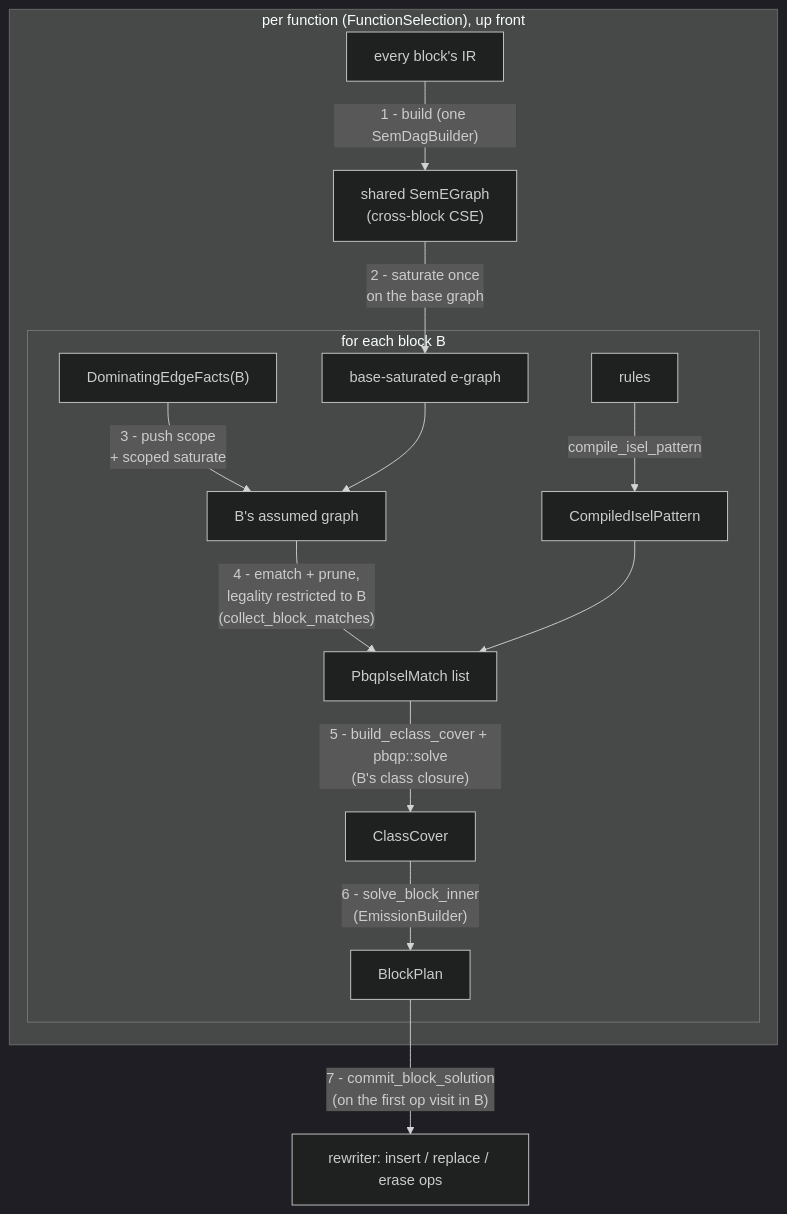
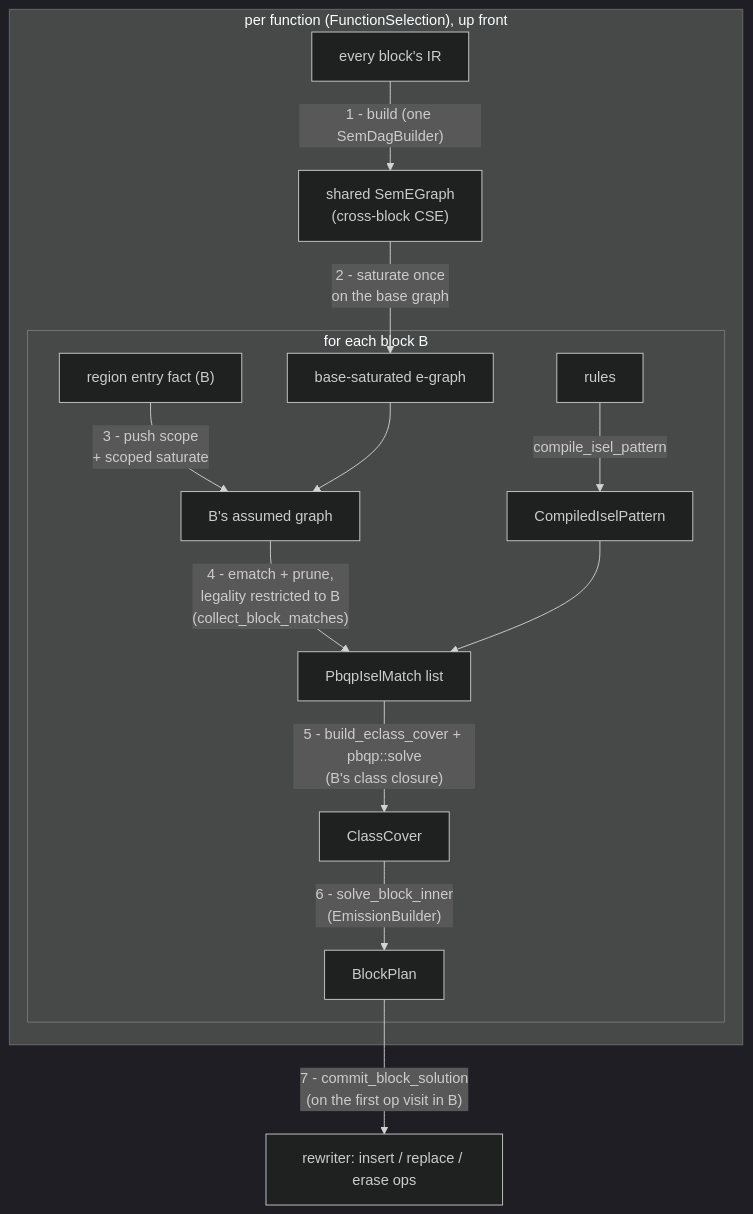
The diagram in docs/design/instruction_selection.md (alexbatashev/tir), drawn with Mermaid (dark theme) before and after one commit. The commit also changed other lines of this file and 7 other files, not shown here.

First line of the commit message:
refactor(backend): selection reads structure, not control flow

````diff
--- a/docs/design/instruction_selection.md
+++ b/docs/design/instruction_selection.md
@@ -36,17 +36,17 @@
 ```mermaid
 flowchart TB
     subgraph per_function["per function (FunctionSelection), up front"]
         ir["every block's IR"] -->|"1 - build (one SemDagBuilder)"| eg["shared SemEGraph\n(cross-block CSE)"]
         eg -->|"2 - saturate once\non the base graph"| sat["base-saturated e-graph"]
         subgraph per_block["for each block B"]
-            facts["DominatingEdgeFacts(B)"] -->|"3 - push scope\n+ scoped saturate"| scoped["B's assumed graph"]
+            facts["region entry fact (B)"] -->|"3 - push scope\n+ scoped saturate"| scoped["B's assumed graph"]
             sat --> scoped
             rules["rules"] -->|compile_isel_pattern| pats["CompiledIselPattern"]
             scoped -->|"4 - ematch + prune,\nlegality restricted to B\n(collect_block_matches)"| matches["PbqpIselMatch list"]
             pats --> matches
             matches -->|"5 - build_eclass_cover + pbqp::solve\n(B's class closure)"| cover["ClassCover"]
             cover -->|"6 - solve_block_inner\n(EmissionBuilder)"| plan["BlockPlan"]
         end
     end
     plan -->|"7 - commit_block_solution\n(on the first op visit in B)"| out["rewriter: insert / replace / erase ops"]
 ```
````
